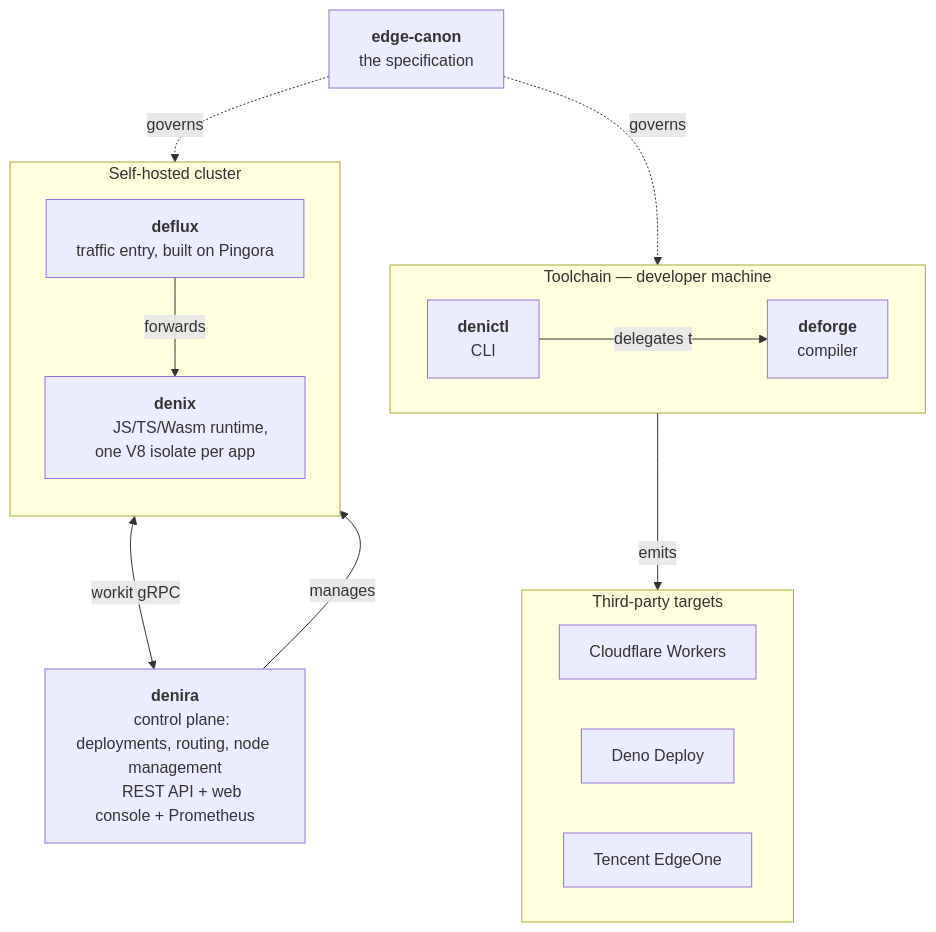
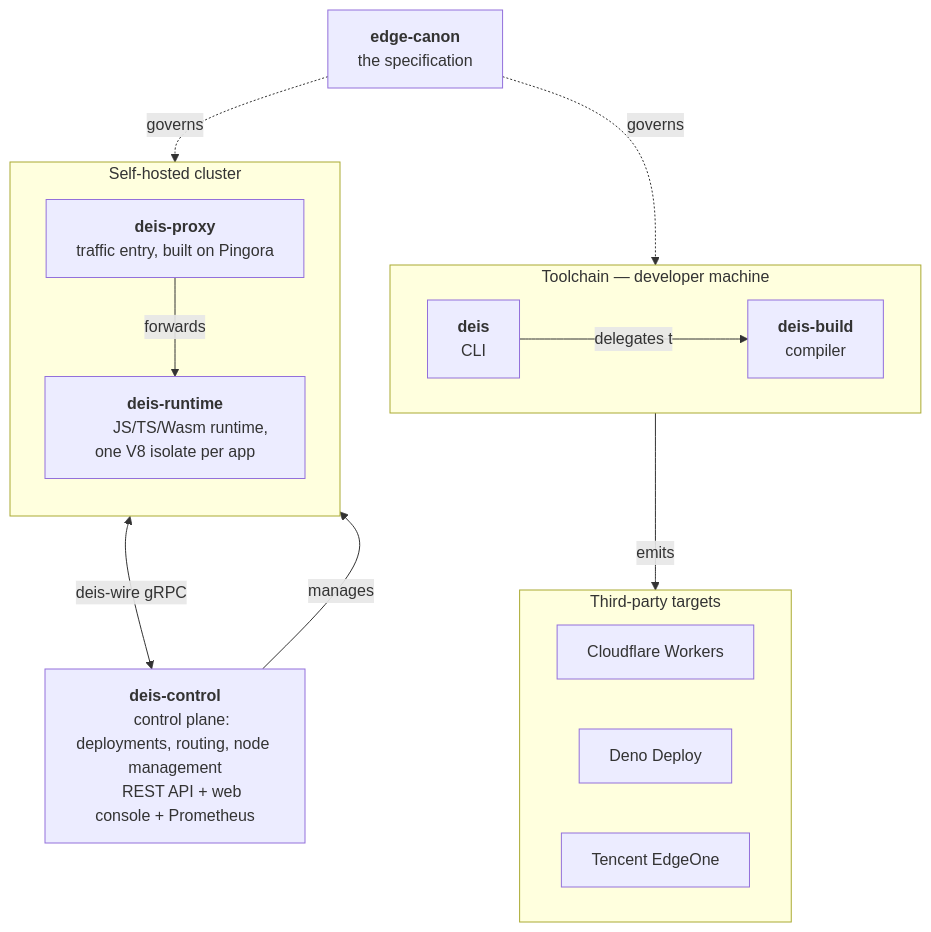
One commit to deislet/deislet changed the diagram in README.md. Above: the diagram before and after it, drawn with Mermaid. The commit also changed other lines of this file and 591 other files, not shown here.

````diff
--- a/README.md
+++ b/README.md
@@ -13,40 +13,40 @@
 ```mermaid
 flowchart TB
     canon["<b>edge-canon</b>
     the specification"]
 
     subgraph tool["Toolchain — developer machine"]
         direction LR
-        denictl["<b>denictl</b>
+        deis["<b>deis</b>
         CLI"]
-        deforge["<b>deforge</b>
+        deis-build["<b>deis-build</b>
         compiler"]
     end
 
     subgraph third["Third-party targets"]
         direction LR
         CFW["Cloudflare Workers"]
         DD["Deno Deploy"]
         EO["Tencent EdgeOne"]
     end
 
     subgraph self["Self-hosted cluster"]
         direction TB
-        deflux["<b>deflux</b>
+        deis-proxy["<b>deis-proxy</b>
         traffic entry, built on Pingora"]
-        denix["<b>denix</b>
+        deis-runtime["<b>deis-runtime</b>
         JS/TS/Wasm runtime, one V8 isolate per app"]
     end
 
-    denira["<b>denira</b>
+    deis-control["<b>deis-control</b>
     control plane: deployments, routing, node management
     REST API + web console + Prometheus"]
 
-    canon -.governs.-> deforge
-    canon -.governs.-> denix
-    denictl --delegates to--> deforge
-    deforge --emits--> third
-    deflux --forwards--> denix
-    deflux <-->|"workit gRPC"| denira
-    denira --manages--> denix
+    canon -.governs.-> deis-build
+    canon -.governs.-> deis-runtime
+    deis --delegates to--> deis-build
+    deis-build --emits--> third
+    deis-proxy --forwards--> deis-runtime
+    deis-proxy <-->|"deis-wire gRPC"| deis-control
+    deis-control --manages--> deis-runtime
 ```
````
